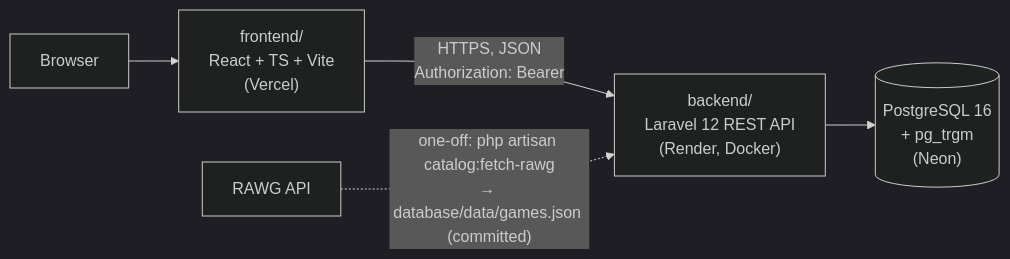
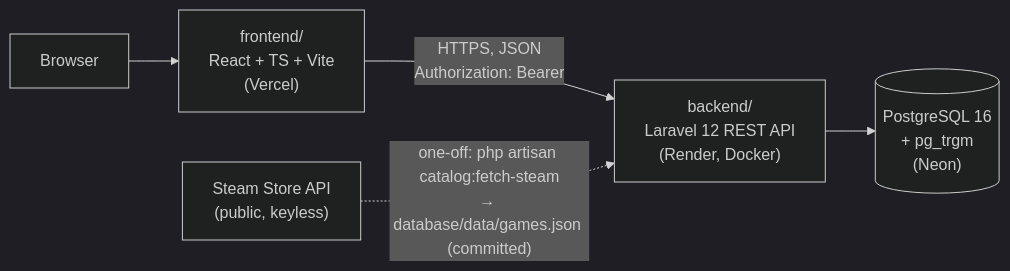
Before and after one commit to NedasBen/eneba-marketplace: the first of 3 diagrams in docs/ARCHITECTURE.md, drawn with Mermaid (dark theme). The commit also changed other lines of this file and 28 other files, not shown here.

First line of the commit message:
Add catalog schema and Steam catalog import

````diff
--- a/docs/ARCHITECTURE.md
+++ b/docs/ARCHITECTURE.md
@@ -5,7 +5,7 @@
 ```mermaid
 flowchart LR
     U[Browser] --> FE["frontend/<br/>React + TS + Vite<br/>(Vercel)"]
     FE -- "HTTPS, JSON<br/>Authorization: Bearer" --> BE["backend/<br/>Laravel 12 REST API<br/>(Render, Docker)"]
     BE --> DB[("PostgreSQL 16<br/>+ pg_trgm<br/>(Neon)")]
-    RAWG["RAWG API"] -. "one-off: php artisan catalog:fetch-rawg<br/>→ database/data/games.json (committed)" .-> BE
+    STEAM["Steam Store API<br/>(public, keyless)"] -. "one-off: php artisan catalog:fetch-steam<br/>→ database/data/games.json (committed)" .-> BE
 ```
````
